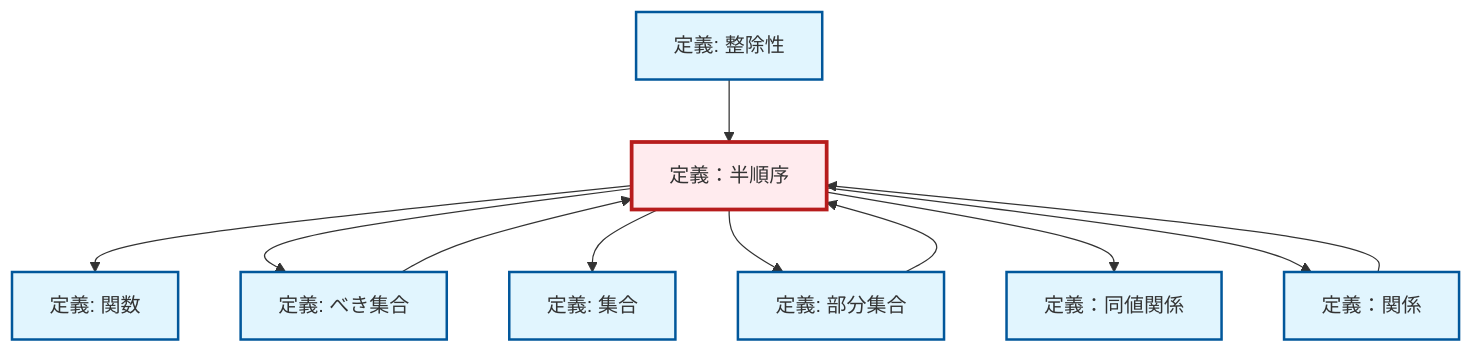
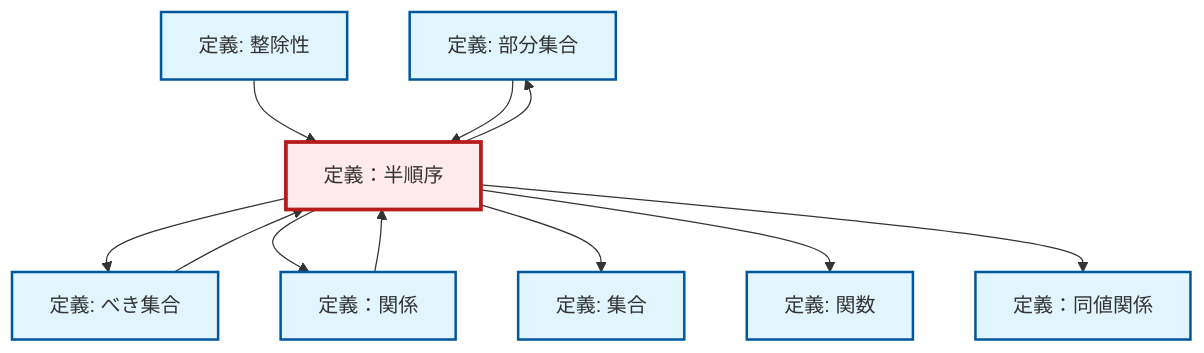
One commit to RK0429/ModernMath changed the diagram in content/ja/logic-set-theory/def-partial-order.qmd. Above: the diagram before and after it, drawn with Mermaid. The commit also changed other lines of this file and 1012 other files, not shown here.

````diff
--- a/content/ja/logic-set-theory/def-partial-order.qmd
+++ b/content/ja/logic-set-theory/def-partial-order.qmd
@@ -157,35 +157,35 @@
 ```{mermaid}
 %%| fig-cap: "Local dependency graph"
 graph TD
     classDef definition fill:#e1f5fe,stroke:#01579b,stroke-width:2px
     classDef theorem fill:#f3e5f5,stroke:#4a148c,stroke-width:2px
     classDef axiom fill:#fff3e0,stroke:#e65100,stroke-width:2px
     classDef example fill:#e8f5e9,stroke:#1b5e20,stroke-width:2px
     classDef current fill:#ffebee,stroke:#b71c1c,stroke-width:3px
+    def-subset["定義: 部分集合"]:::definition
+    def-partial-order["定義：半順序"]:::definition
+    def-set["定義: 集合"]:::definition
+    def-equivalence-relation["定義：同値関係"]:::definition
+    def-function["定義: 関数"]:::definition
+    def-power-set["定義: べき集合"]:::definition
     def-divisibility["定義: 整除性"]:::definition
-    def-set["定義: 集合"]:::definition
     def-relation["定義：関係"]:::definition
-    def-function["定義: 関数"]:::definition
-    def-partial-order["定義：半順序"]:::definition
-    def-power-set["定義: べき集合"]:::definition
-    def-subset["定義: 部分集合"]:::definition
-    def-equivalence-relation["定義：同値関係"]:::definition
-    def-subset --> def-partial-order
+    def-partial-order --> def-power-set
+    def-partial-order --> def-relation
+    def-relation --> def-partial-order
+    def-partial-order --> def-set
     def-divisibility --> def-partial-order
     def-partial-order --> def-function
-    def-partial-order --> def-power-set
-    def-partial-order --> def-set
-    def-relation --> def-partial-order
+    def-partial-order --> def-equivalence-relation
+    def-power-set --> def-partial-order
+    def-subset --> def-partial-order
     def-partial-order --> def-subset
-    def-power-set --> def-partial-order
-    def-partial-order --> def-equivalence-relation
-    def-partial-order --> def-relation
     class def-partial-order current
-    click def-divisibility "def-divisibility.html" "整除性の定義へ"
+    click def-subset "def-subset.html" "部分集合の定義へ"
     click def-set "def-set.html" "集合の定義へ"
-    click def-relation "def-relation.html" "定義：関係へ"
+    click def-equivalence-relation "def-equivalence-relation.html" "定義：同値関係へ"
     click def-function "def-function.html" "関数の定義へ"
     click def-power-set "def-power-set.html" "べき集合の定義へ"
-    click def-subset "def-subset.html" "部分集合の定義へ"
-    click def-equivalence-relation "def-equivalence-relation.html" "定義：同値関係へ"
+    click def-divisibility "def-divisibility.html" "整除性の定義へ"
+    click def-relation "def-relation.html" "定義：関係へ"
 ```
````
